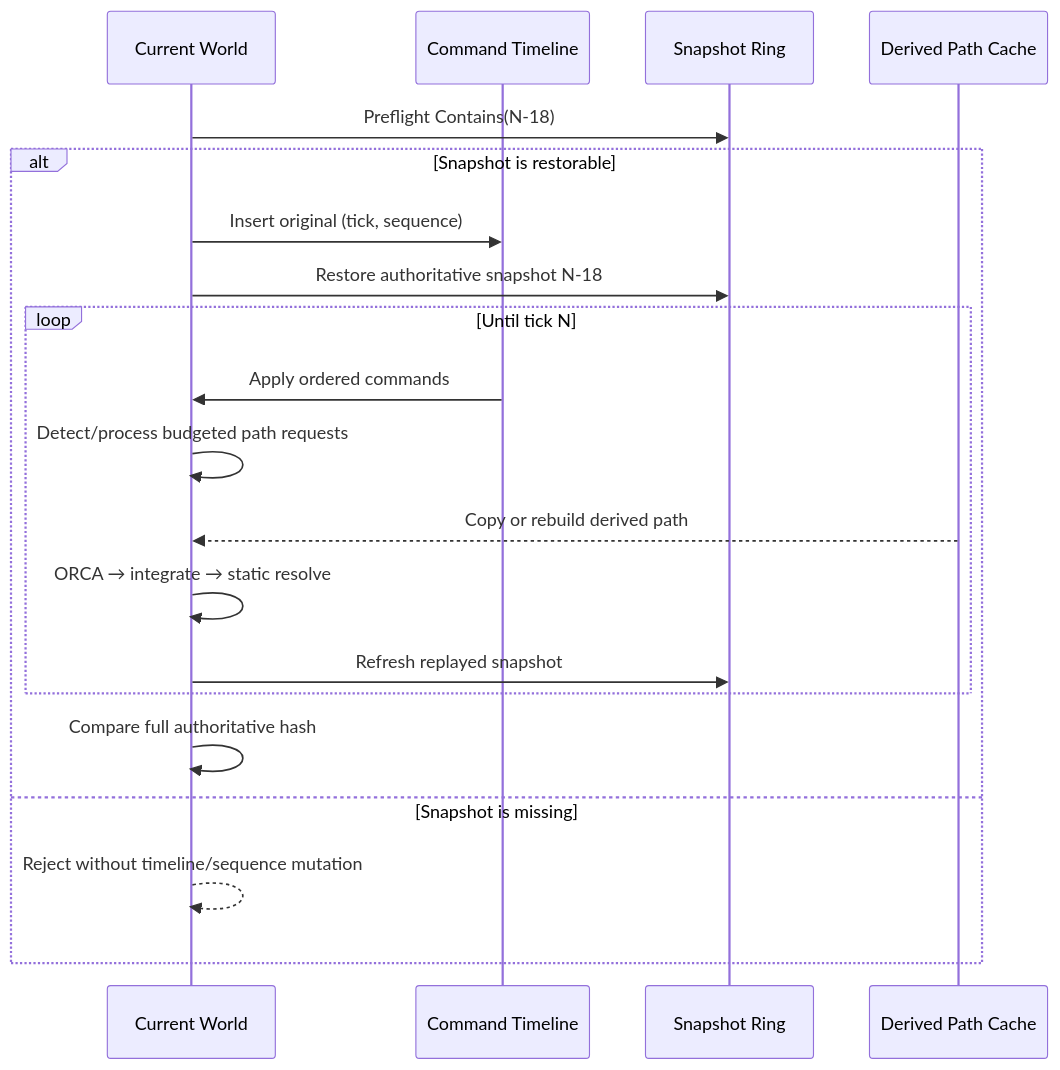
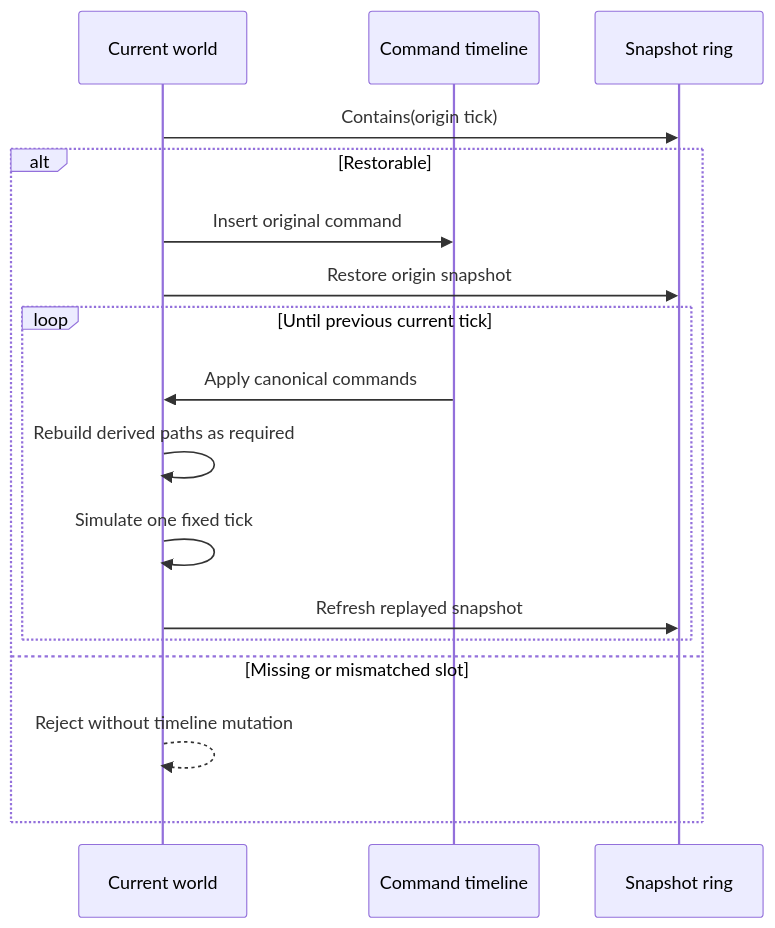
Before and after one commit to futuredo/swarm-ecs-sandbox: the second of 2 diagrams in Docs/DETERMINISM_AND_NETCODE.md, drawn with Mermaid. The commit also changed other lines of this file and 26 other files, not shown here.

````diff
--- a/Docs/DETERMINISM_AND_NETCODE.md
+++ b/Docs/DETERMINISM_AND_NETCODE.md
@@ -98,22 +104,19 @@
 ```mermaid
 sequenceDiagram
-    participant C as Current World
-    participant T as Command Timeline
-    participant S as Snapshot Ring
-    participant D as Derived Path Cache
-    C->>S: Preflight Contains(N-18)
-    alt Snapshot is restorable
-        C->>T: Insert original (tick, sequence)
-        C->>S: Restore authoritative snapshot N-18
-        loop Until tick N
-            T->>C: Apply ordered commands
-            C->>C: Detect/process budgeted path requests
-            D-->>C: Copy or rebuild derived path
-            C->>C: ORCA → integrate → static resolve
+    participant C as Current world
+    participant T as Command timeline
+    participant S as Snapshot ring
+    C->>S: Contains(origin tick)
+    alt Restorable
+        C->>T: Insert original command
+        C->>S: Restore origin snapshot
+        loop Until previous current tick
+            T->>C: Apply canonical commands
+            C->>C: Rebuild derived paths as required
+            C->>C: Simulate one fixed tick
             C->>S: Refresh replayed snapshot
         end
-        C->>C: Compare full authoritative hash
-    else Snapshot is missing
-        C-->>C: Reject without timeline/sequence mutation
+    else Missing or mismatched slot
+        C-->>C: Reject without timeline mutation
     end
 ```
````
